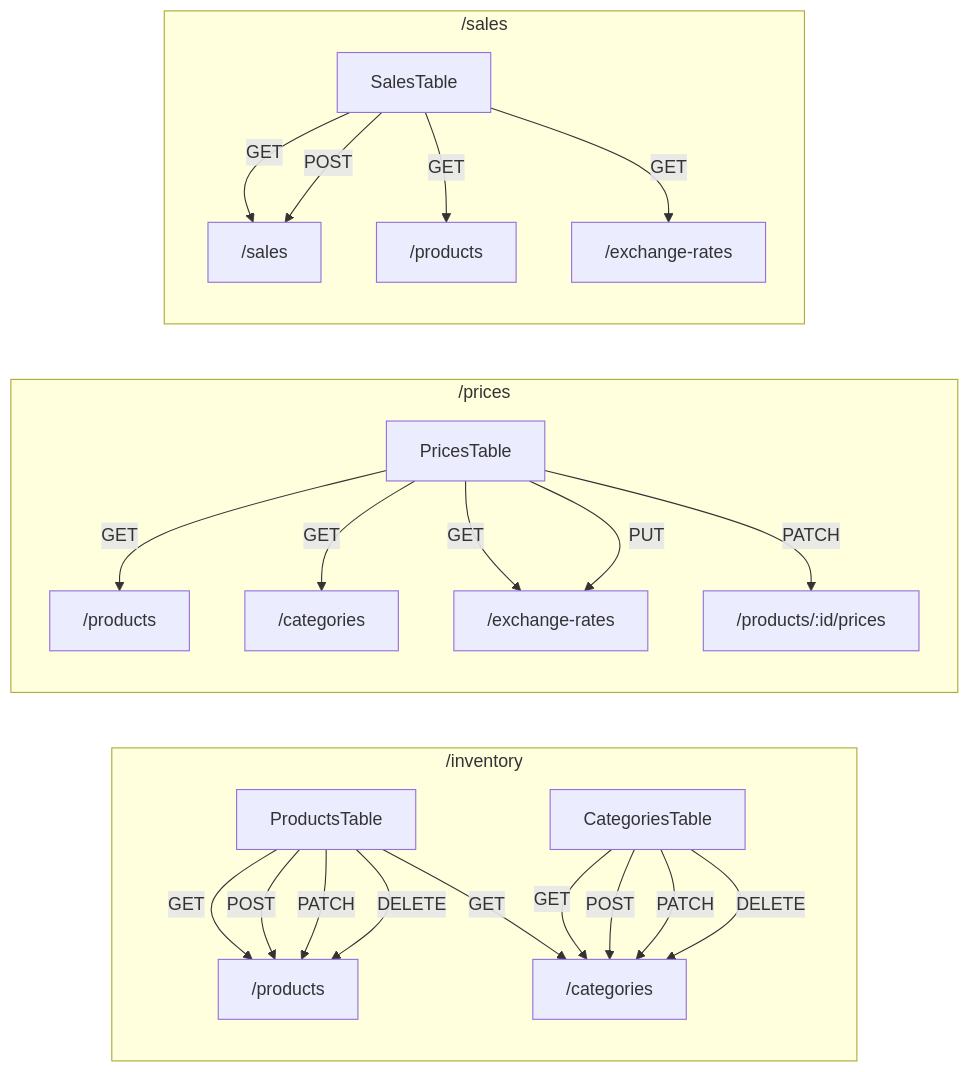
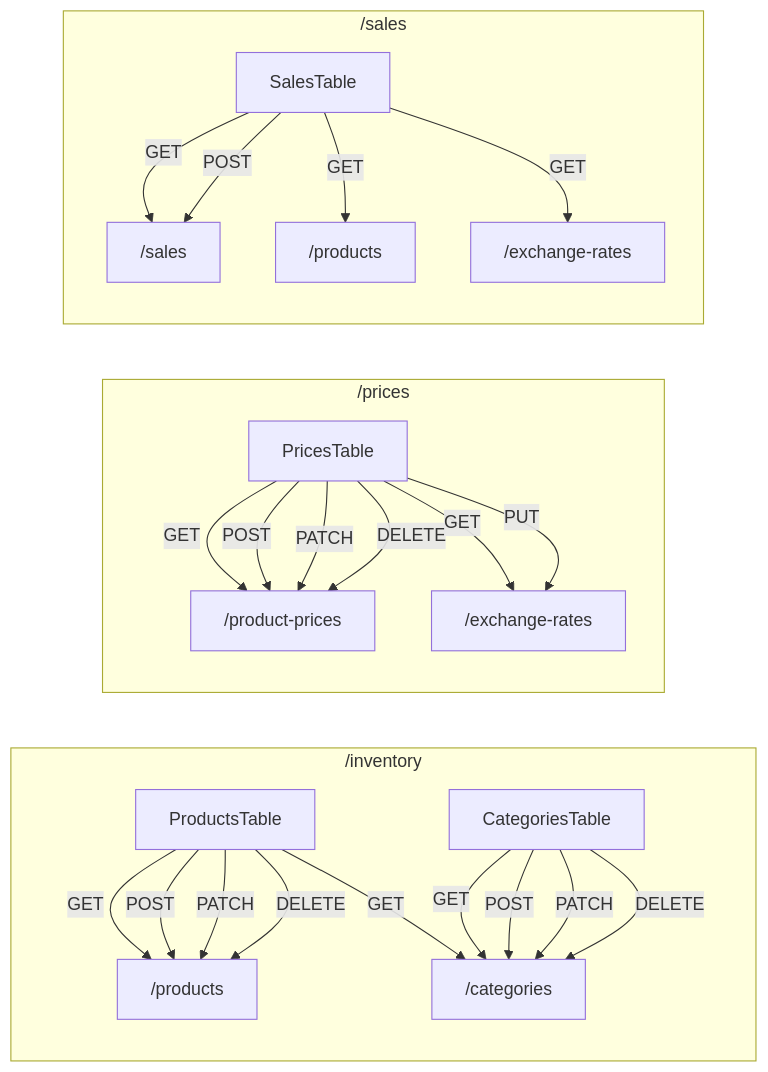
Before and after one commit to Abstem406/invenda-backend: the diagram in docs/api_endpoints_map.md, drawn with Mermaid. The commit also changed other lines of this file and 20 other files, not shown here.

Commit message:
feat: Implements product pricing management, adds soft delete and timestamps to the database, and improves sales validation and seeding.

````diff
--- a/docs/api_endpoints_map.md
+++ b/docs/api_endpoints_map.md
@@ -189,29 +220,30 @@
 ```mermaid
 graph LR
     subgraph "/inventory"
         A["ProductsTable"] -->|GET| P["/products"]
         A -->|GET| C["/categories"]
         A -->|POST| P
         A -->|PATCH| P
         A -->|DELETE| P
         B["CategoriesTable"] -->|GET| C
         B -->|POST| C
         B -->|PATCH| C
         B -->|DELETE| C
     end
 
     subgraph "/prices"
-        D["PricesTable"] -->|GET| P2["/products"]
-        D -->|GET| C2["/categories"]
+        D["PricesTable"] -->|GET| PP2["/product-prices"]
+        D -->|POST| PP2
+        D -->|PATCH| PP2
+        D -->|DELETE| PP2
         D -->|GET| E["/exchange-rates"]
         D -->|PUT| E
-        D -->|PATCH| PP["/products/:id/prices"]
     end
 
     subgraph "/sales"
         F["SalesTable"] -->|GET| S["/sales"]
         F -->|GET| P3["/products"]
         F -->|GET| E2["/exchange-rates"]
         F -->|POST| S
     end
 ```
````
